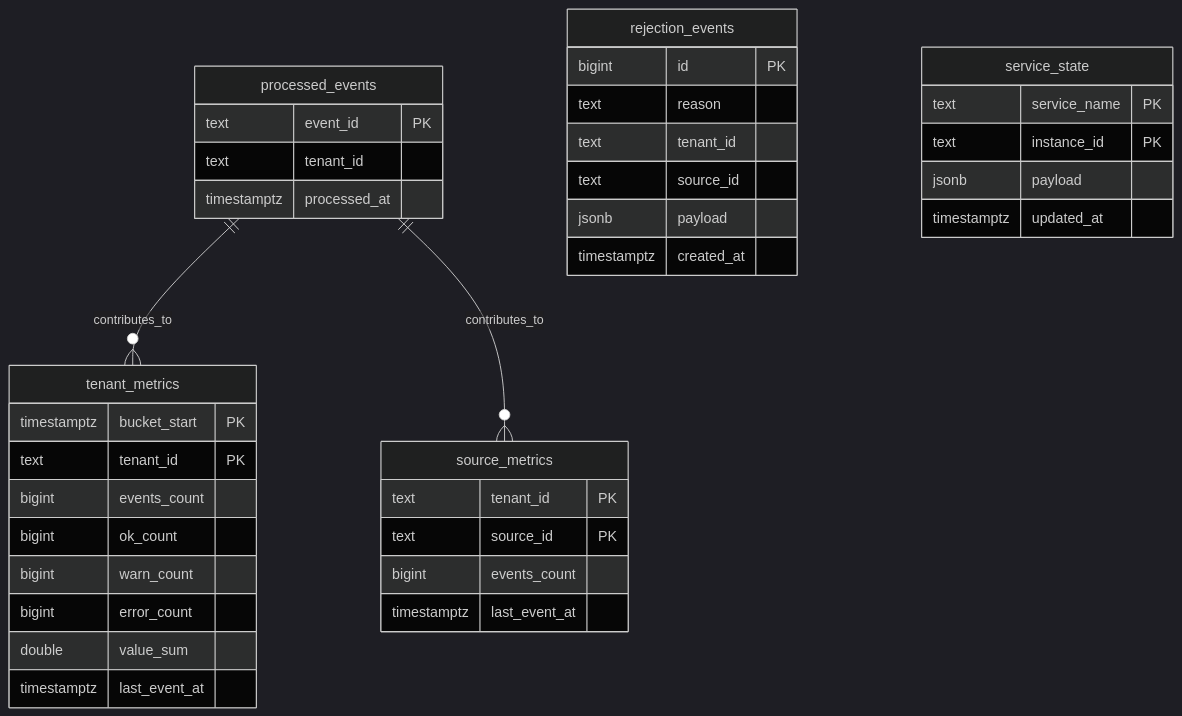
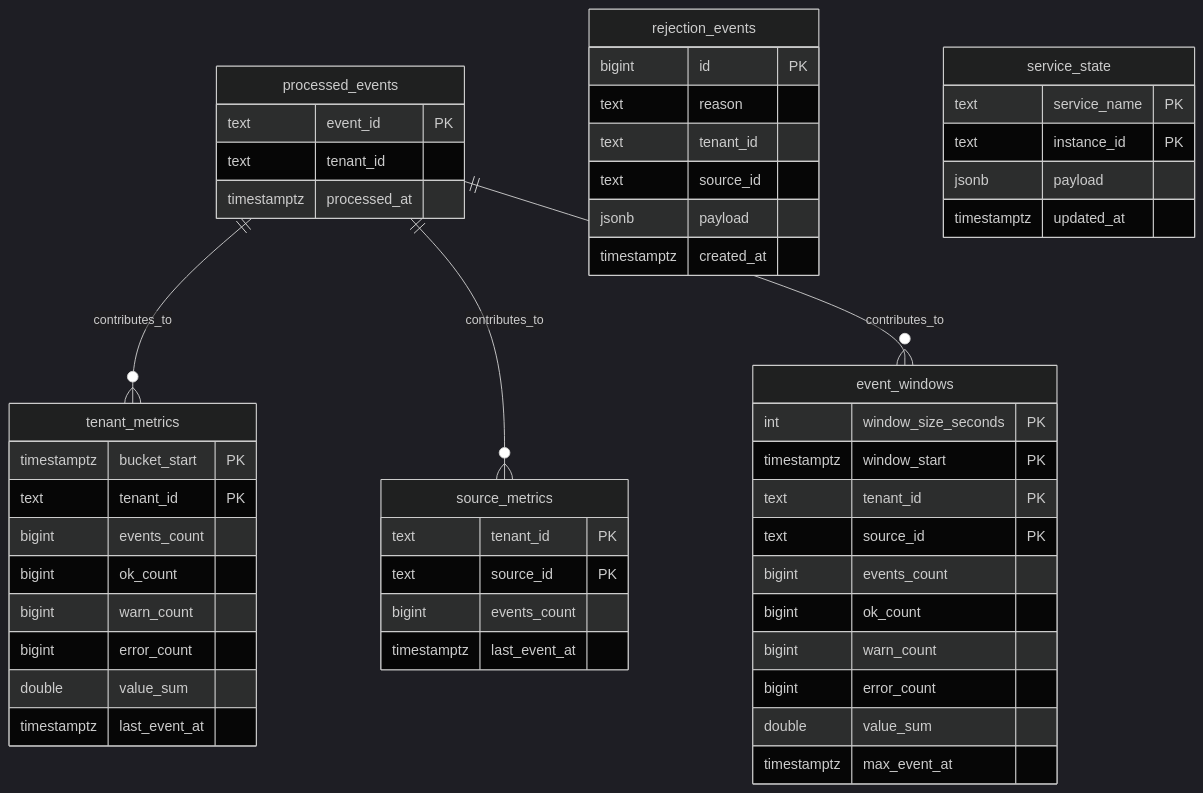
Before and after one commit to ErenAri/real-time-event-processing-fabric: the diagram in docs/data-model.md, drawn with Mermaid (dark theme). The commit also changed other lines of this file and 30 other files, not shown here.

````diff
--- a/docs/data-model.md
+++ b/docs/data-model.md
@@ -36,45 +36,59 @@
 ```mermaid
 erDiagram
     processed_events {
         text event_id PK
         text tenant_id
         timestamptz processed_at
     }
 
     tenant_metrics {
         timestamptz bucket_start PK
         text tenant_id PK
         bigint events_count
         bigint ok_count
         bigint warn_count
         bigint error_count
         double value_sum
         timestamptz last_event_at
     }
 
     source_metrics {
         text tenant_id PK
         text source_id PK
         bigint events_count
         timestamptz last_event_at
     }
 
+    event_windows {
+        int window_size_seconds PK
+        timestamptz window_start PK
+        text tenant_id PK
+        text source_id PK
+        bigint events_count
+        bigint ok_count
+        bigint warn_count
+        bigint error_count
+        double value_sum
+        timestamptz max_event_at
+    }
+
     rejection_events {
         bigint id PK
         text reason
         text tenant_id
         text source_id
         jsonb payload
         timestamptz created_at
     }
 
     service_state {
         text service_name PK
         text instance_id PK
         jsonb payload
         timestamptz updated_at
     }
 
     processed_events ||--o{ tenant_metrics : contributes_to
     processed_events ||--o{ source_metrics : contributes_to
+    processed_events ||--o{ event_windows : contributes_to
 ```
````
